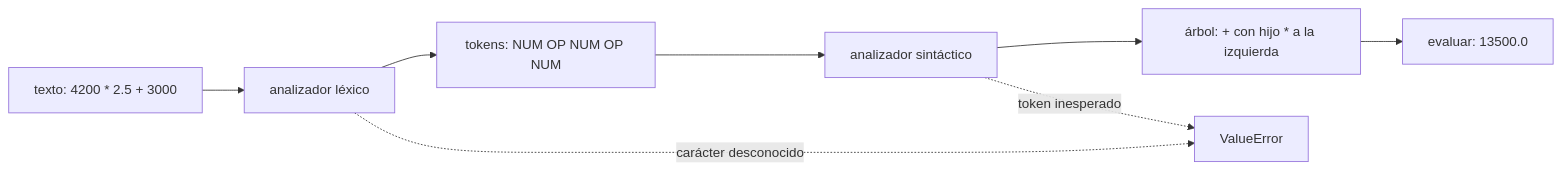
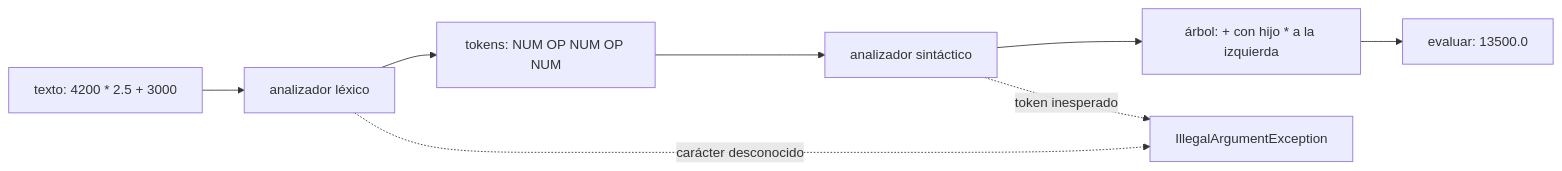
The second of 6 diagrams in web/public/content/foundations/modulo-7.md (NICORUIZ93/The_Imperial_Book), drawn with Mermaid before and after one commit. The commit also changed other lines of this file and 1 other file, not shown here.

````diff
--- a/web/public/content/foundations/modulo-7.md
+++ b/web/public/content/foundations/modulo-7.md
@@ -452,10 +467,10 @@
 ```mermaid
 flowchart LR
     T["texto: 4200 * 2.5 + 3000"] --> L["analizador léxico"]
     L --> K["tokens: NUM OP NUM OP NUM"]
     K --> P["analizador sintáctico"]
     P --> A["árbol: + con hijo * a la izquierda"]
     A --> E["evaluar: 13500.0"]
-    L -. "carácter desconocido" .-> X["ValueError"]
+    L -. "carácter desconocido" .-> X["IllegalArgumentException"]
     P -. "token inesperado" .-> X
 ```
````
